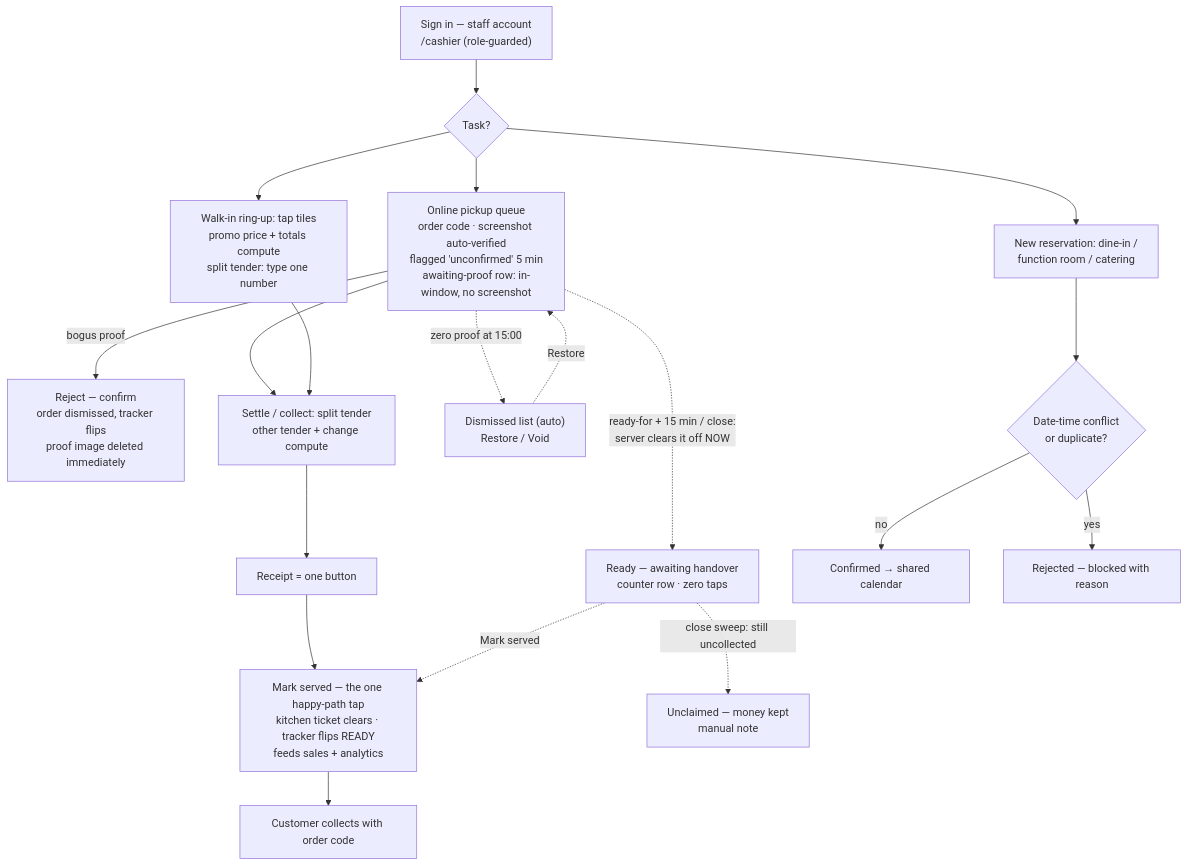
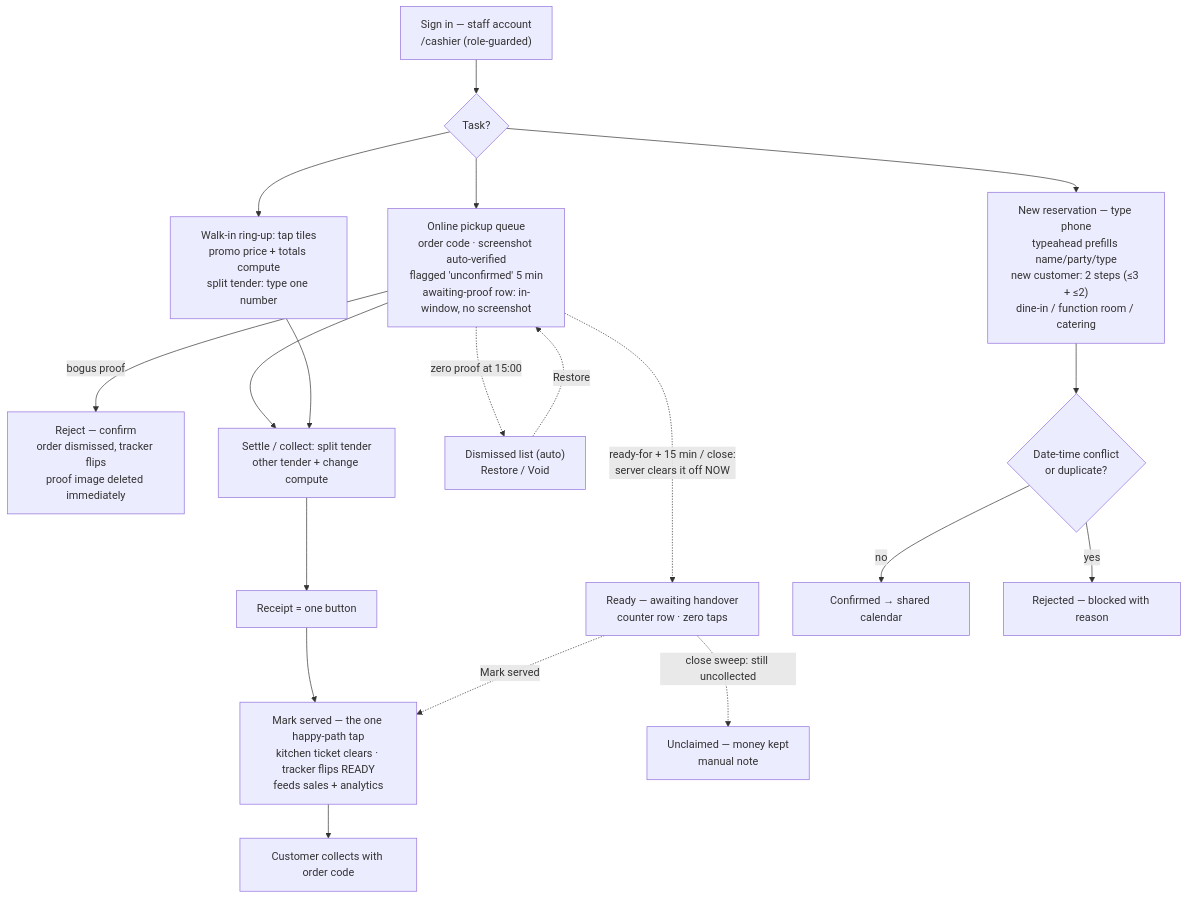
Before and after one commit to S1NXIAN/CRNP: the diagram in docs/flow-charts/cashier.md, drawn with Mermaid. The commit also changed 5 other files, not shown here.

````diff
--- a/docs/flow-charts/cashier.md
+++ b/docs/flow-charts/cashier.md
@@ -6,21 +6,21 @@
 ```mermaid
 flowchart TD
     A["Sign in — staff account<br/>/cashier (role-guarded)"] --> B{"Task?"}
     B --> C["Online pickup queue<br/>order code · screenshot auto-verified<br/>flagged 'unconfirmed' 5 min<br/>awaiting-proof row: in-window, no screenshot"]
     B --> D["Walk-in ring-up: tap tiles<br/>promo price + totals compute<br/>split tender: type one number"]
-    B --> E["New reservation: dine-in /<br/>function room / catering"]
+    B --> E["New reservation — type phone<br/>typeahead prefills name/party/type<br/>new customer: 2 steps (≤3 + ≤2)<br/>dine-in / function room / catering"]
     C -->|"bogus proof"| R["Reject — confirm<br/>order dismissed, tracker flips<br/>proof image deleted immediately"]
     C --> F["Settle / collect: split tender<br/>other tender + change compute"]
     D --> F
     F --> G["Receipt = one button"]
     G --> H["Mark served — the one happy-path tap<br/>kitchen ticket clears · tracker flips READY<br/>feeds sales + analytics"]
     H --> I["Customer collects with order code"]
     C -.->|"ready-for + 15 min / close:<br/>server clears it off NOW"| W["Ready — awaiting handover<br/>counter row · zero taps"]
     W -.->|"Mark served"| H
     W -.->|"close sweep: still uncollected"| U["Unclaimed — money kept<br/>manual note"]
     C -.->|"zero proof at 15:00"| X["Dismissed list (auto)<br/>Restore / Void"]
     X -.->|"Restore"| C
     E --> J{"Date-time conflict<br/>or duplicate?"}
     J -->|"no"| K["Confirmed → shared calendar"]
     J -->|"yes"| L["Rejected — blocked with reason"]
 ```
````
